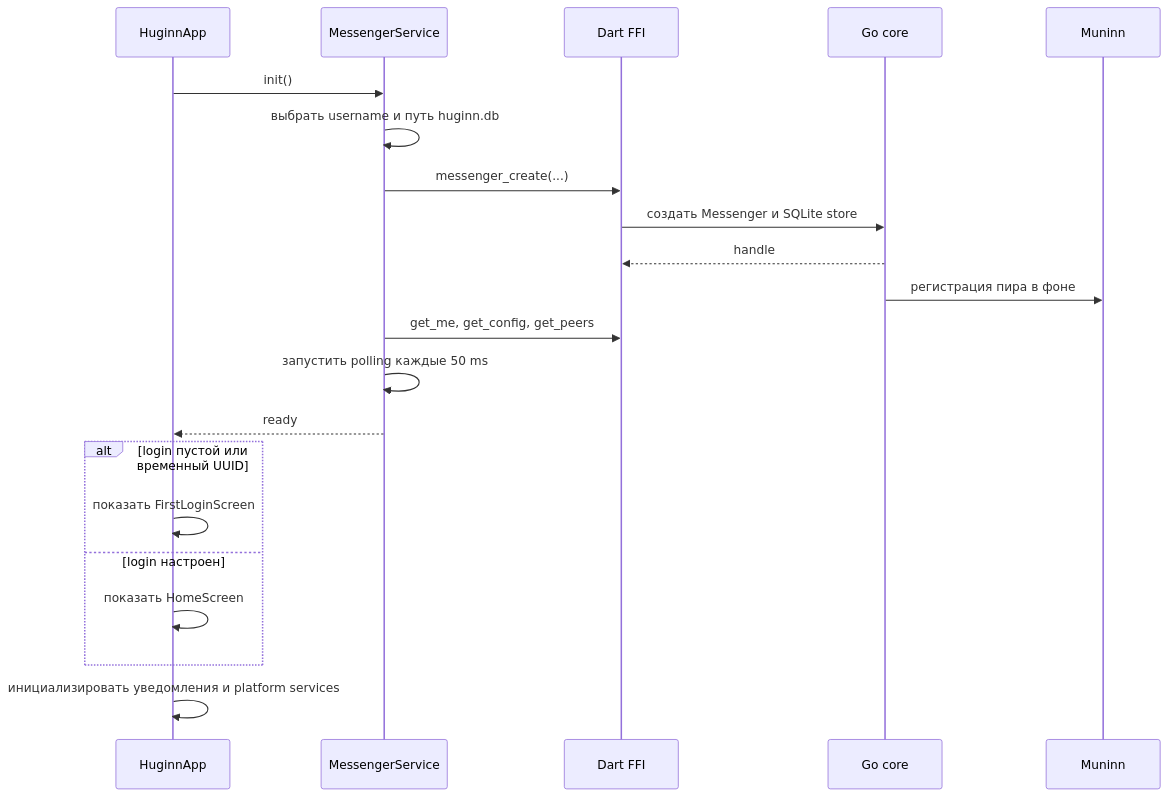
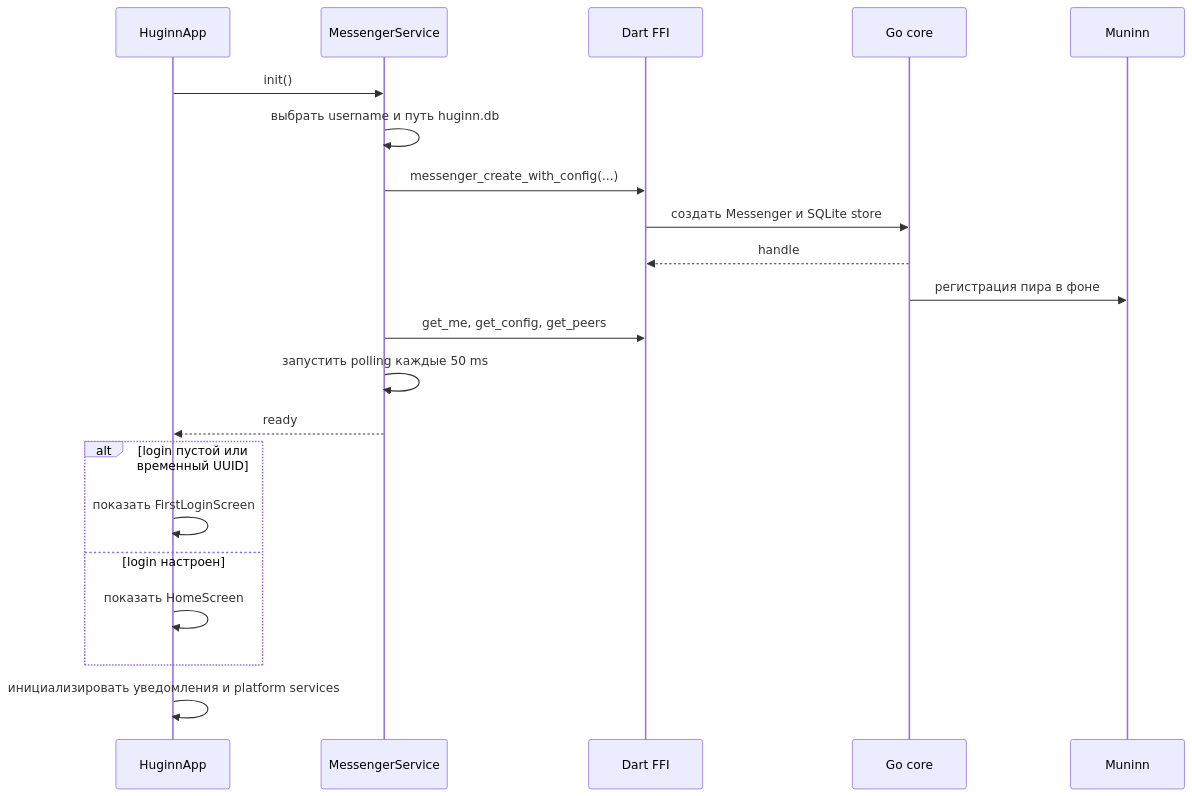
Before and after one commit to killbane1232/huginn-messenger-flutter: the second of 3 diagrams in docs/flutter-application.md, drawn with Mermaid. The commit also changed other lines of this file and 13 other files, not shown here.

````diff
--- a/docs/flutter-application.md
+++ b/docs/flutter-application.md
@@ -125,26 +125,26 @@
 ```mermaid
 sequenceDiagram
     participant App as HuginnApp
     participant S as MessengerService
     participant FFI as Dart FFI
     participant Go as Go core
     participant M as Muninn
 
     App->>S: init()
     S->>S: выбрать username и путь huginn.db
-    S->>FFI: messenger_create(...)
+    S->>FFI: messenger_create_with_config(...)
     FFI->>Go: создать Messenger и SQLite store
     Go-->>FFI: handle
     Go->>M: регистрация пира в фоне
     S->>FFI: get_me, get_config, get_peers
     S->>S: запустить polling каждые 50 ms
     S-->>App: ready
 
     alt login пустой или временный UUID
         App->>App: показать FirstLoginScreen
     else login настроен
         App->>App: показать HomeScreen
     end
 
     App->>App: инициализировать уведомления и platform services
 ```
````
